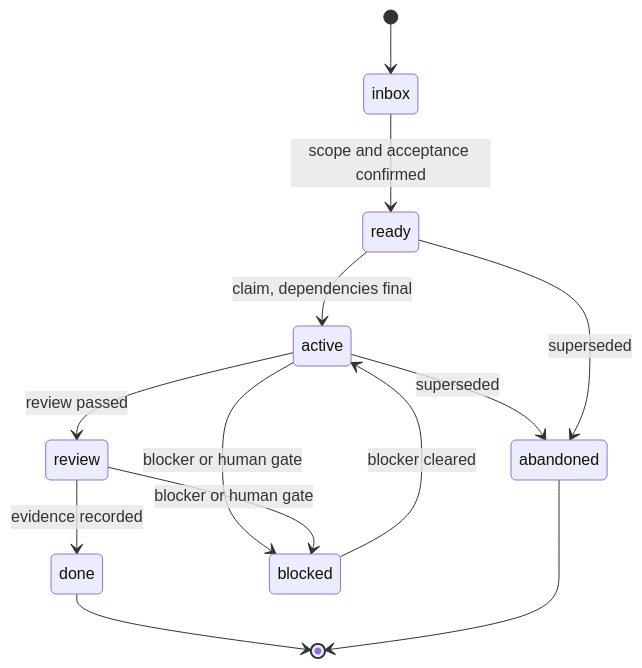
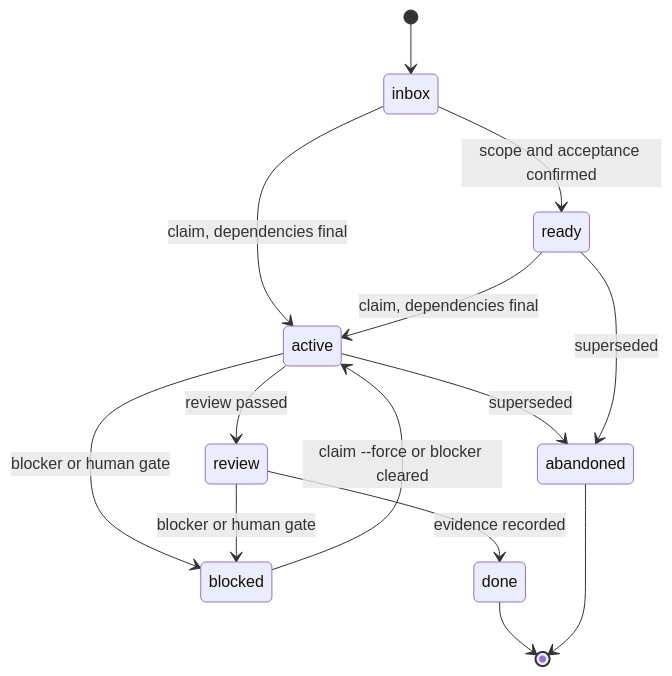
Before and after one commit to ezcodelab/libreharness: the first of 2 diagrams in docs/state-machines.md, drawn with Mermaid. The commit also changed other lines of this file and 14 other files, not shown here.

Commit message:
fix: harden shipping gate and one-path flow

````diff
--- a/docs/state-machines.md
+++ b/docs/state-machines.md
@@ -39,15 +43,16 @@
 ```mermaid
 stateDiagram-v2
   [*] --> inbox
   inbox --> ready: scope and acceptance confirmed
+  inbox --> active: claim, dependencies final
   ready --> active: claim, dependencies final
+  blocked --> active: claim --force or blocker cleared
   active --> review: review passed
   review --> done: evidence recorded
   active --> blocked: blocker or human gate
   review --> blocked: blocker or human gate
   active --> abandoned: superseded
   ready --> abandoned: superseded
-  blocked --> active: blocker cleared
   done --> [*]
   abandoned --> [*]
 ```
````
